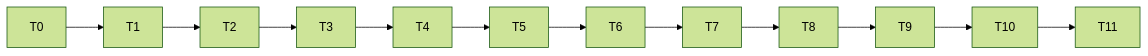
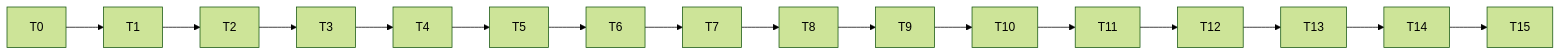
Before and after one commit to olajaido/graveyard: the diagram in .kiro/specs/graveyard-cli/tasks.md, drawn with Mermaid (forest theme). The commit also changed other lines of this file and 42 other files, not shown here.

````diff
--- a/.kiro/specs/graveyard-cli/tasks.md
+++ b/.kiro/specs/graveyard-cli/tasks.md
@@ -11,4 +11,4 @@
 ```mermaid
 graph LR
-  T0 --> T1 --> T2 --> T3 --> T4 --> T5 --> T6 --> T7 --> T8 --> T9 --> T10 --> T11
+  T0 --> T1 --> T2 --> T3 --> T4 --> T5 --> T6 --> T7 --> T8 --> T9 --> T10 --> T11 --> T12 --> T13 --> T14 --> T15
 ```
````
